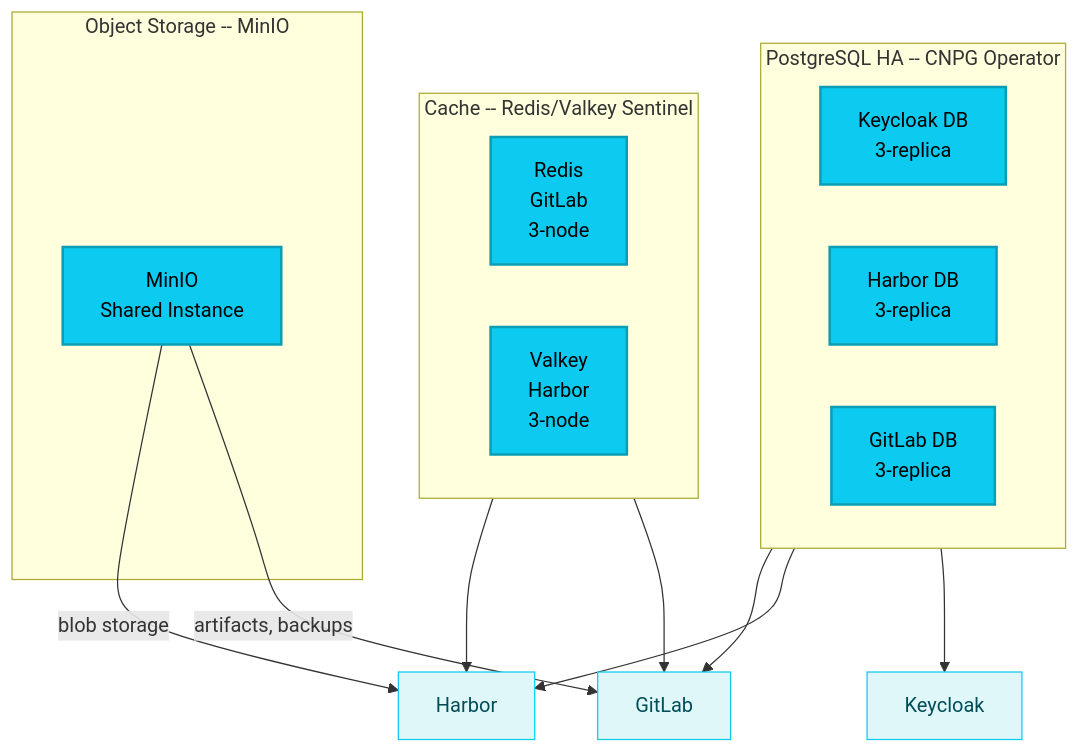
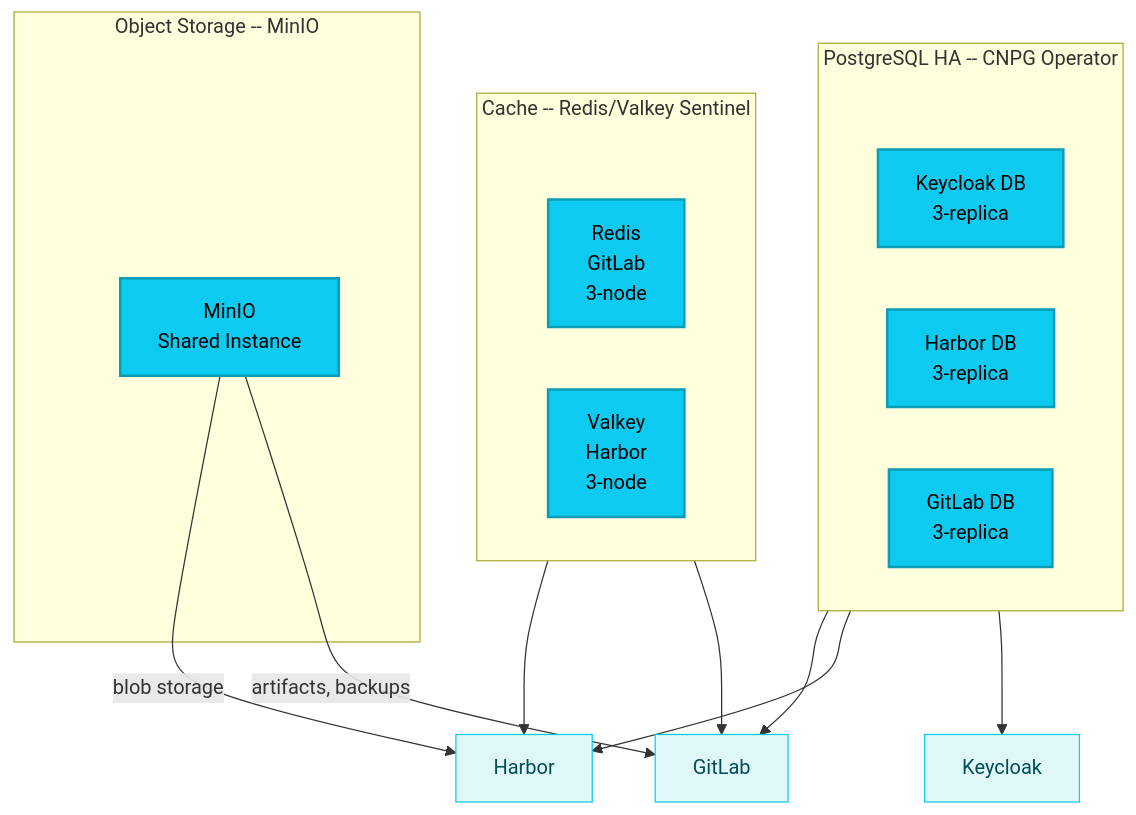
The seventh of 9 diagrams in docs/architecture/landscape.md (derhornspieler/harvester-rke2-svcs), drawn with Mermaid before and after one commit. The commit also changed other lines of this file, not shown here.

First line of the commit message:
fix: add spacer nodes to prevent subgraph title overlap in Mermaid

````diff
--- a/docs/architecture/landscape.md
+++ b/docs/architecture/landscape.md
@@ -256,33 +269,37 @@
 ```mermaid
 graph TD
     subgraph postgres["PostgreSQL HA -- CNPG Operator"]
         direction LR
+        pg_pad[ ]:::hidden
         PG_KC["Keycloak DB<br/>3-replica"]
         PG_HB["Harbor DB<br/>3-replica"]
         PG_GL["GitLab DB<br/>3-replica"]
     end
 
     subgraph cache["Cache -- Redis/Valkey Sentinel"]
         direction LR
+        ca_pad[ ]:::hidden
         Redis_GL["Redis<br/>GitLab<br/>3-node"]
         Valkey_HB["Valkey<br/>Harbor<br/>3-node"]
     end
 
     subgraph object["Object Storage -- MinIO"]
+        ob_pad[ ]:::hidden
         MinIO["MinIO<br/>Shared Instance"]
     end
 
     PG_KC --> KC["Keycloak"]
     PG_HB --> HB["Harbor"]
     PG_GL --> GL["GitLab"]
     Redis_GL --> GL
     Valkey_HB --> HB
     MinIO -- "artifacts, backups" --> GL
     MinIO -- "blob storage" --> HB
 
     classDef data fill:#0dcaf0,color:#000,stroke:#0a9db5,stroke-width:2px
     classDef app fill:#e0f7fa,color:#004d57,stroke:#0dcaf0,stroke-width:1px
 
     class PG_KC,PG_HB,PG_GL,Redis_GL,Valkey_HB,MinIO data
     class KC,HB,GL app
+    classDef hidden display:none
 ```
````
